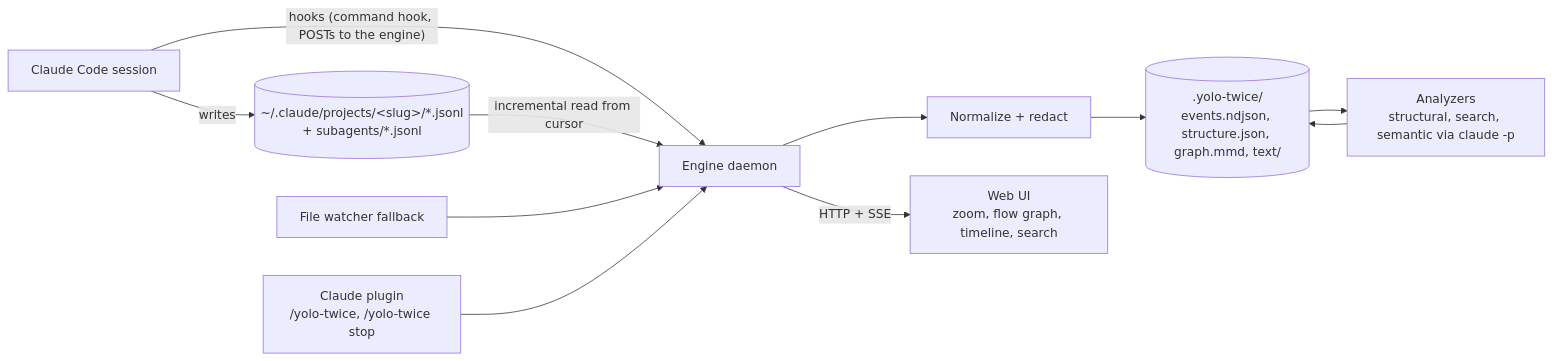
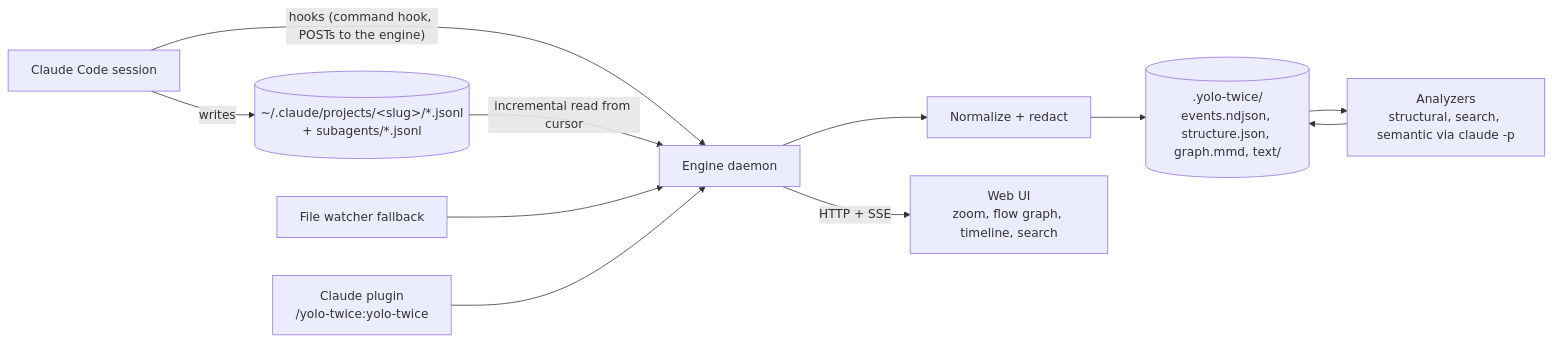
Before and after one commit to bar9/yolo-twice: the first of 3 diagrams in code/site/how-it-works.md, drawn with Mermaid. The commit also changed other lines of this file and 7 other files, not shown here.

````diff
--- a/code/site/how-it-works.md
+++ b/code/site/how-it-works.md
@@ -8,13 +8,13 @@
 ```mermaid
 flowchart LR
   CC[Claude Code session] -- "hooks (command hook, POSTs to the engine)" --> ENG
   CC -- writes --> JSONL[(~/.claude/projects/&lt;slug&gt;/*.jsonl<br/>+ subagents/*.jsonl)]
   JSONL -- "incremental read from cursor" --> ENG[Engine daemon]
   WATCH[File watcher fallback] --> ENG
   ENG --> NORM[Normalize + redact]
   NORM --> STORE[(.yolo-twice/<br/>events.ndjson, structure.json, graph.mmd, text/)]
   STORE --> AN[Analyzers<br/>structural, search, semantic via claude -p]
   AN --> STORE
   ENG -- "HTTP + SSE" --> UI[Web UI<br/>zoom, flow graph, timeline, search]
-  PLUGIN[Claude plugin<br/>/yolo-twice, /yolo-twice stop] --> ENG
+  PLUGIN[Claude plugin<br/>/yolo-twice:yolo-twice] --> ENG
 ```
````
